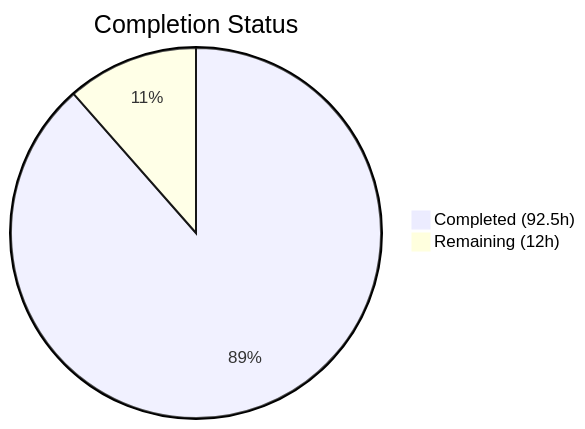
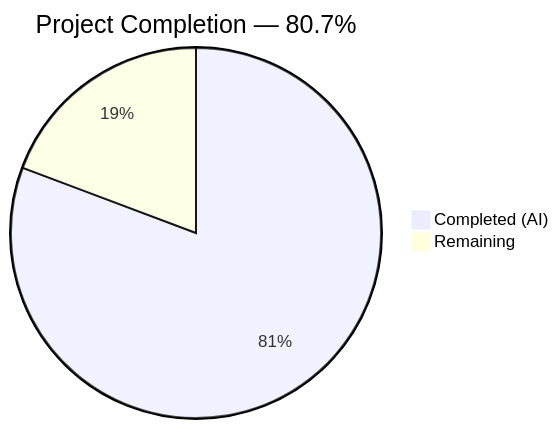
One commit to shaliniblitzy/6thaprilone changed the first of 2 diagrams in blitzy/documentation/Project Guide.md. Above: the diagram before and after it, drawn with Mermaid. The commit also changed other lines of this file, not shown here.

Commit message:
Adding Blitzy Project Guide: Project Status and Human Tasks Remaining

````diff
--- a/blitzy/documentation/Project Guide.md
+++ b/blitzy/documentation/Project Guide.md
@@ -13,5 +13,5 @@
 ```mermaid
-pie title Completion Status
-    "Completed (92.5h)" : 92.5
-    "Remaining (12h)" : 12
+pie title Project Completion — 80.7%
+    "Completed (AI)" : 67
+    "Remaining" : 16
 ```
````
